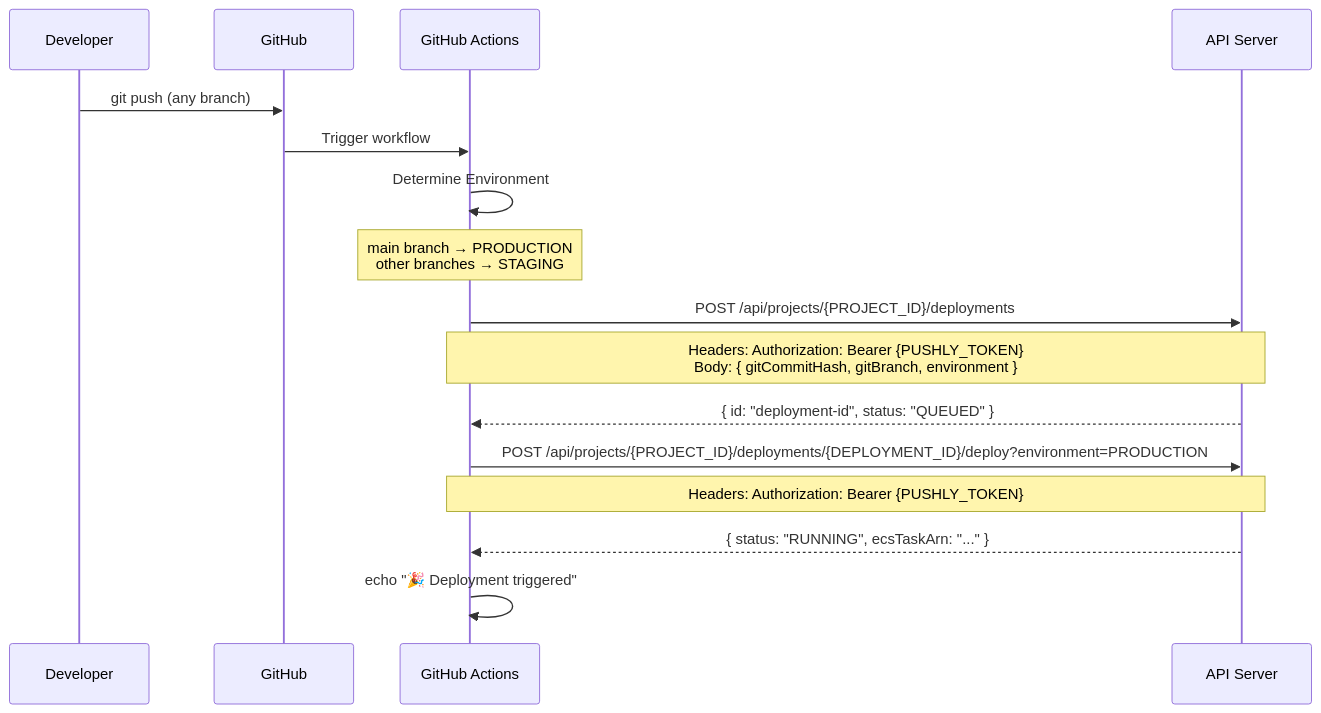
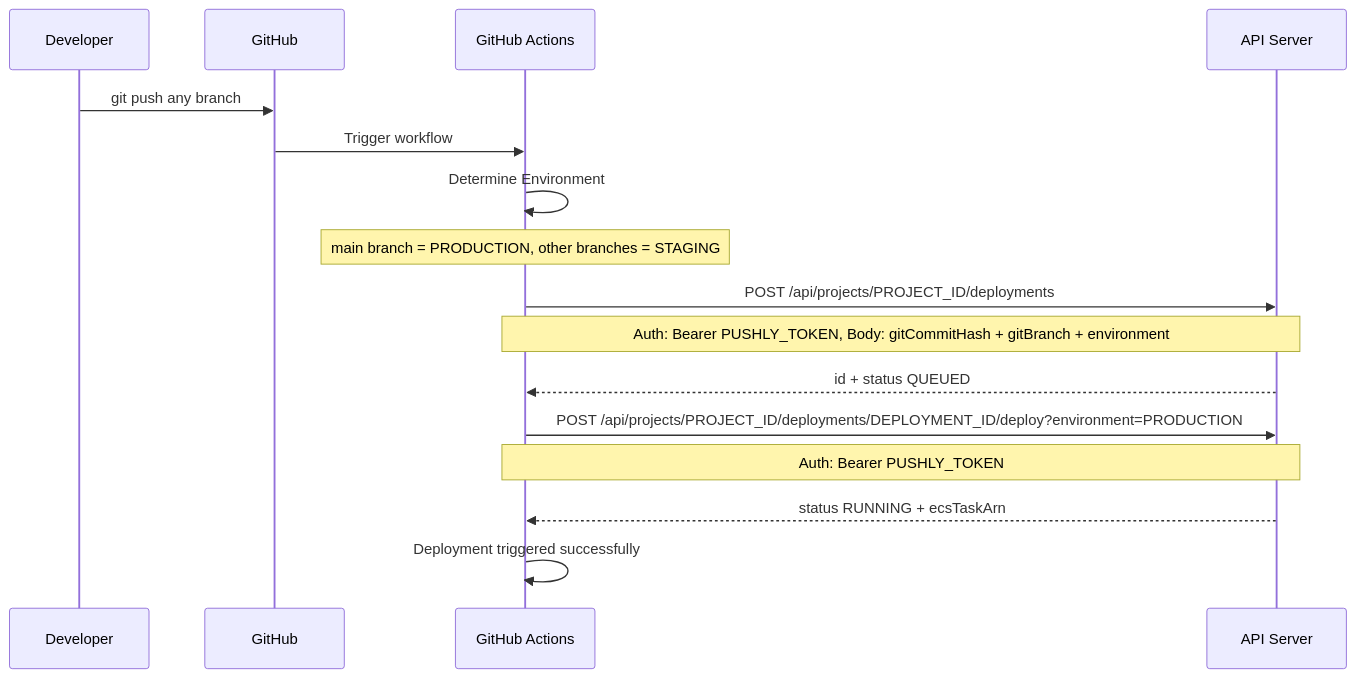
One commit to Abdul1028/pushly-frontend changed the second of 16 diagrams in README.md. Above: the diagram before and after it, drawn with Mermaid. The commit also changed other lines of this file, not shown here.

Commit message:
(feat):add Custom domain sequence diagram

````diff
--- a/README.md
+++ b/README.md
@@ -71,24 +72,24 @@
 ```mermaid
 sequenceDiagram
     participant DEV as Developer
     participant GH as GitHub
     participant GHA as GitHub Actions
     participant API as API Server
 
-    DEV->>GH: git push (any branch)
+    DEV->>GH: git push any branch
     GH->>GHA: Trigger workflow
 
     GHA->>GHA: Determine Environment
-    Note over GHA: main branch → PRODUCTION<br/>other branches → STAGING
+    Note over GHA: main branch = PRODUCTION, other branches = STAGING
 
-    GHA->>API: POST /api/projects/{PROJECT_ID}/deployments
-    Note over GHA,API: Headers: Authorization: Bearer {PUSHLY_TOKEN}<br/>Body: { gitCommitHash, gitBranch, environment }
+    GHA->>API: POST /api/projects/PROJECT_ID/deployments
+    Note over GHA,API: Auth: Bearer PUSHLY_TOKEN, Body: gitCommitHash + gitBranch + environment
 
-    API-->>GHA: { id: "deployment-id", status: "QUEUED" }
+    API-->>GHA: id + status QUEUED
 
-    GHA->>API: POST /api/projects/{PROJECT_ID}/deployments/{DEPLOYMENT_ID}/deploy?environment=PRODUCTION
-    Note over GHA,API: Headers: Authorization: Bearer {PUSHLY_TOKEN}
+    GHA->>API: POST /api/projects/PROJECT_ID/deployments/DEPLOYMENT_ID/deploy?environment=PRODUCTION
+    Note over GHA,API: Auth: Bearer PUSHLY_TOKEN
 
-    API-->>GHA: { status: "RUNNING", ecsTaskArn: "..." }
-    GHA->>GHA: echo "🎉 Deployment triggered"
+    API-->>GHA: status RUNNING + ecsTaskArn
+    GHA->>GHA: Deployment triggered successfully
 ```
````
